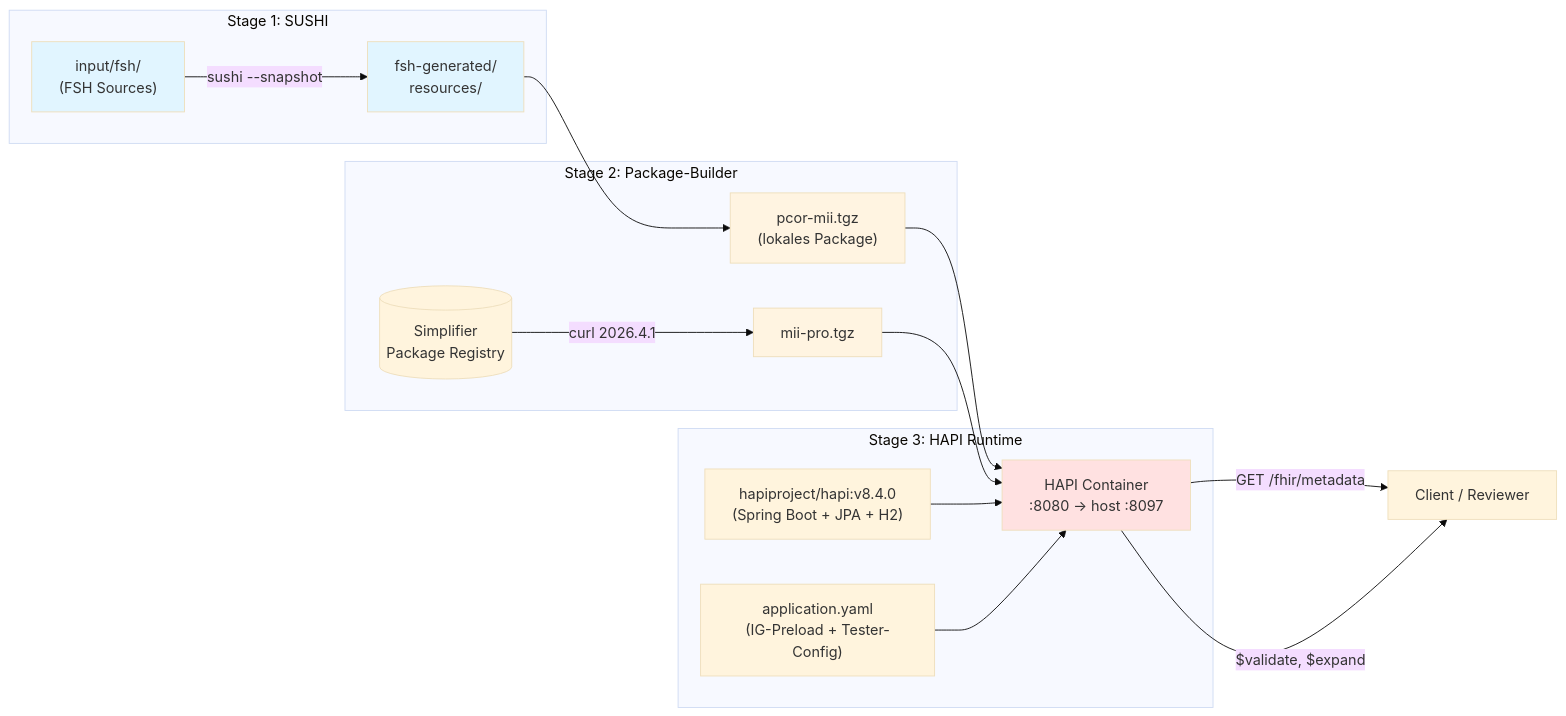
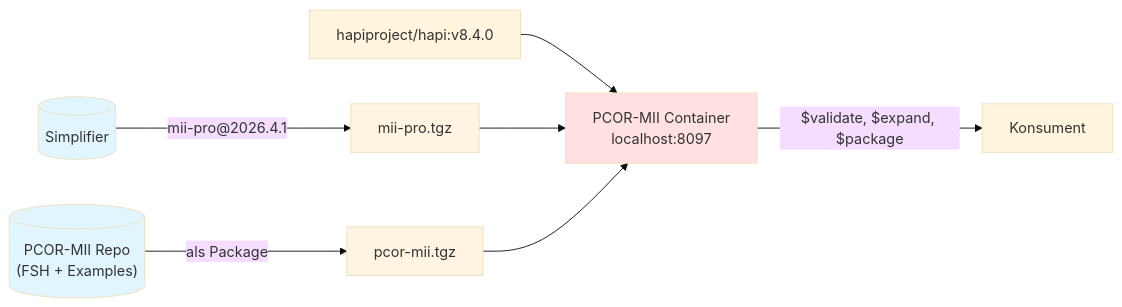
Before and after one commit to BIH-CEI/PCOR-MII: the first of 2 diagrams in input/pagecontent/Bereitstellung.md, drawn with Mermaid (base theme). The commit also changed other lines of this file, not shown here.

First line of the commit message:
docs(bereitstellung): eingedampft, SUSHI raus aus Container-Stack-Diagramm

````diff
--- a/input/pagecontent/Bereitstellung.md
+++ b/input/pagecontent/Bereitstellung.md
@@ -7,30 +7,16 @@
 ```mermaid
 flowchart LR
-    subgraph Stage1 ["Stage 1: SUSHI"]
-        FSH["input/fsh/<br/>(FSH Sources)"]
-        FSHGEN["fsh-generated/<br/>resources/"]
-        FSH -->|"sushi --snapshot"| FSHGEN
-    end
+    SIMPLIFIER[("Simplifier")] -->|"mii-pro@2026.4.1"| MIIPRO["mii-pro.tgz"]
+    REPO[("PCOR-MII Repo<br/>(FSH + Examples)")] -->|"als Package"| PCOR["pcor-mii.tgz"]
+    HAPI_BASE["hapiproject/hapi:v8.4.0"] --> HAPI["PCOR-MII Container<br/>localhost:8097"]
+    MIIPRO --> HAPI
+    PCOR --> HAPI
 
-    subgraph Stage2 ["Stage 2: Package-Builder"]
-        FSHGEN --> PCOR["pcor-mii.tgz<br/>(lokales Package)"]
-        SIMPLIFIER[("Simplifier<br/>Package Registry")] -->|"curl 2026.4.1"| MIIPRO["mii-pro.tgz"]
-    end
+    HAPI -->|"$validate, $expand, $package"| CLIENT["Konsument"]
 
-    subgraph Stage3 ["Stage 3: HAPI Runtime"]
-        HAPI_BASE["hapiproject/hapi:v8.4.0<br/>(Spring Boot + JPA + H2)"]
-        PCOR --> HAPI["HAPI Container<br/>:8080 → host :8097"]
-        MIIPRO --> HAPI
-        HAPI_BASE --> HAPI
-        APPYAML["application.yaml<br/>(IG-Preload + Tester-Config)"] --> HAPI
-    end
-
-    HAPI -->|"GET /fhir/metadata"| CLIENT["Client / Reviewer"]
-    HAPI -->|"$validate, $expand"| CLIENT
-
-    style FSH fill:#e1f5ff
-    style FSHGEN fill:#e1f5ff
+    style HAPI fill:#ffe1e1
     style PCOR fill:#fff4e1
     style MIIPRO fill:#fff4e1
-    style HAPI fill:#ffe1e1
+    style SIMPLIFIER fill:#e1f5ff
+    style REPO fill:#e1f5ff
 ```
````
